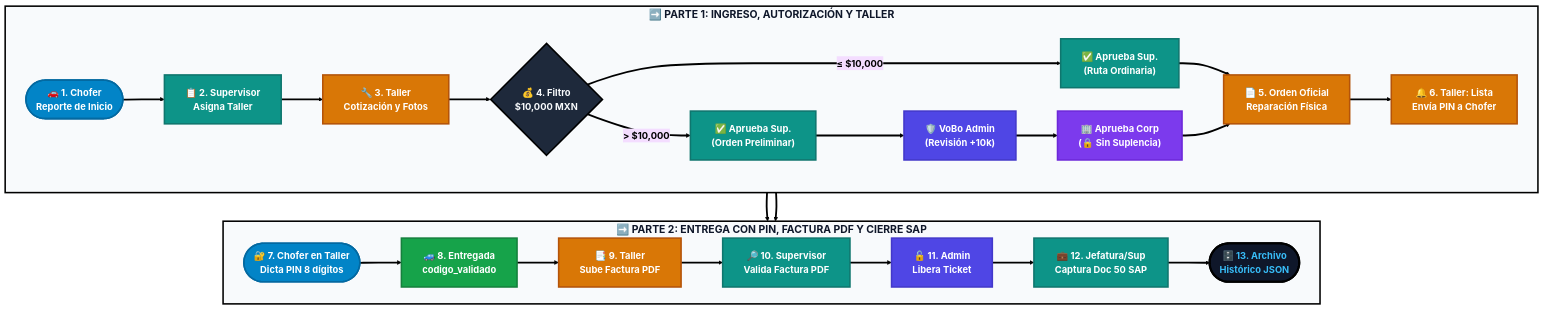
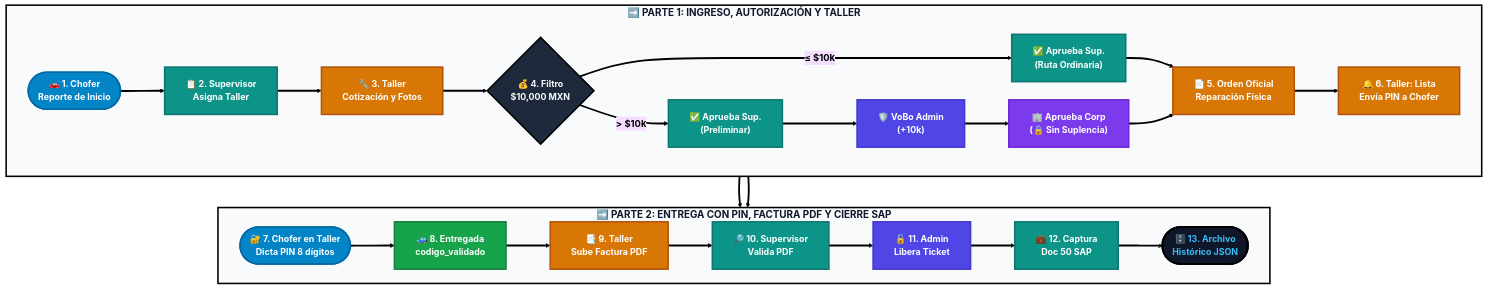
Before and after one commit to ArmandoRamirez951/Ayudantia: the diagram in README.md, drawn with Mermaid.

Commit message:
Revise flowchart styles and spacing
Updated flowchart styles and adjusted node spacing.

````diff
--- a/README.md
+++ b/README.md
@@ -1,53 +1,53 @@
 ```mermaid
 %%{init: {
   'theme': 'base',
   'themeVariables': {
     'lineColor': '#000000',
     'fontSize': '18px'
   },
   'flowchart': {
-    'nodeSpacing': 45,
-    'rankSpacing': 55,
+    'nodeSpacing': 35,
+    'rankSpacing': 60,
     'padding': 20
   }
 }}%%
 flowchart TD
-    %% Definición de Estilos por Rol / Fase (Cajas más grandes y texto de 18px)
-    classDef chofer fill:#0284c7,stroke:#0369a1,stroke-width:3px,color:#ffffff,font-weight:bold,font-size:18px;
-    classDef supervisor fill:#0d9488,stroke:#0f766e,stroke-width:3px,color:#ffffff,font-weight:bold,font-size:18px;
-    classDef taller fill:#d97706,stroke:#b45309,stroke-width:3px,color:#ffffff,font-weight:bold,font-size:18px;
-    classDef admin fill:#4f46e5,stroke:#4338ca,stroke-width:3px,color:#ffffff,font-weight:bold,font-size:18px;
-    classDef corp fill:#7c3aed,stroke:#6d28d9,stroke-width:3px,color:#ffffff,font-weight:bold,font-size:18px;
-    classDef condicion fill:#1e293b,stroke:#000000,stroke-width:3px,color:#f8fafc,font-weight:bold,font-size:18px;
-    classDef exito fill:#16a34a,stroke:#15803d,stroke-width:3px,color:#ffffff,font-weight:bold,font-size:18px;
-    classDef cierre fill:#0f172a,stroke:#000000,stroke-width:4px,color:#38bdf8,font-weight:bold,font-size:18px;
-    classDef carril fill:#f8fafc,stroke:#000000,stroke-width:3px,color:#0f172a,font-weight:bold,font-size:20px;
+    %% Estilos con fuentes grandes y cajas amplias
+    classDef chofer fill:#0284c7,stroke:#0369a1,stroke-width:3px,color:#ffffff,font-weight:bold,font-size:17px;
+    classDef supervisor fill:#0d9488,stroke:#0f766e,stroke-width:3px,color:#ffffff,font-weight:bold,font-size:17px;
+    classDef taller fill:#d97706,stroke:#b45309,stroke-width:3px,color:#ffffff,font-weight:bold,font-size:17px;
+    classDef admin fill:#4f46e5,stroke:#4338ca,stroke-width:3px,color:#ffffff,font-weight:bold,font-size:17px;
+    classDef corp fill:#7c3aed,stroke:#6d28d9,stroke-width:3px,color:#ffffff,font-weight:bold,font-size:17px;
+    classDef condicion fill:#1e293b,stroke:#000000,stroke-width:3px,color:#f8fafc,font-weight:bold,font-size:17px;
+    classDef exito fill:#16a34a,stroke:#15803d,stroke-width:3px,color:#ffffff,font-weight:bold,font-size:17px;
+    classDef cierre fill:#0f172a,stroke:#000000,stroke-width:4px,color:#38bdf8,font-weight:bold,font-size:17px;
+    classDef carril fill:#f8fafc,stroke:#000000,stroke-width:3px,color:#0f172a,font-weight:bold,font-size:19px;
 
-    %% BLOQUE SUPERIOR: PARTE 1 (Se lee de Izquierda a Derecha)
+    %% PARTE 1 (Arriba, de Izquierda a Derecha)
     subgraph C1 ["➡️ PARTE 1: INGRESO, AUTORIZACIÓN Y TALLER"]
         direction LR
         A(["🚗 1. Chofer<br/>Reporte de Inicio"]):::chofer --> B["📋 2. Supervisor<br/>Asigna Taller"]:::supervisor --> C["🔧 3. Taller<br/>Cotización y Fotos"]:::taller --> D{"💰 4. Filtro<br/>$10,000 MXN"}:::condicion
         
-        D -- "≤ $10,000" --> E1["✅ Aprueba Sup.<br/>(Ruta Ordinaria)"]:::supervisor
-        D -- "> $10,000" --> E2_0["✅ Aprueba Sup.<br/>(Orden Preliminar)"]:::supervisor --> E2["🛡️ VoBo Admin<br/>(Revisión +10k)"]:::admin --> E3["🏢 Aprueba Corp<br/>(🔒 Sin Suplencia)"]:::corp
+        D -- "≤ $10k" --> E1["✅ Aprueba Sup.<br/>(Ruta Ordinaria)"]:::supervisor
+        D -- "> $10k" --> E2_0["✅ Aprueba Sup.<br/>(Preliminar)"]:::supervisor --> E2["🛡️ VoBo Admin<br/>(+10k)"]:::admin --> E3["🏢 Aprueba Corp<br/>(🔒 Sin Suplencia)"]:::corp
         
         E1 --> F["📄 5. Orden Oficial<br/>Reparación Física"]:::taller
         E3 --> F
         F --> G["🔔 6. Taller: Lista<br/>Envía PIN a Chofer"]:::taller
     end
 
-    %% BLOQUE INFERIOR: PARTE 2 (Colocado ABAJO de Parte 1, se lee de Izquierda a Derecha)
+    %% PARTE 2 (Abajo, de Izquierda a Derecha)
     subgraph C2 ["➡️ PARTE 2: ENTREGA CON PIN, FACTURA PDF Y CIERRE SAP"]
         direction LR
-        H(["🔐 7. Chofer en Taller<br/>Dicta PIN 8 dígitos"]):::chofer --> I["🚙 8. Entregada<br/>codigo_validado"]:::exito --> J["📑 9. Taller<br/>Sube Factura PDF"]:::taller --> K["🔎 10. Supervisor<br/>Valida Factura PDF"]:::supervisor --> L["🔓 11. Admin<br/>Libera Ticket"]:::admin --> M["💼 12. Jefatura/Sup<br/>Captura Doc 50 SAP"]:::supervisor --> N(["🗄️ 13. Archivo<br/>Histórico JSON"]):::cierre
+        H(["🔐 7. Chofer en Taller<br/>Dicta PIN 8 dígitos"]):::chofer --> I["🚙 8. Entregada<br/>codigo_validado"]:::exito --> J["📑 9. Taller<br/>Sube Factura PDF"]:::taller --> K["🔎 10. Supervisor<br/>Valida PDF"]:::supervisor --> L["🔓 11. Admin<br/>Libera Ticket"]:::admin --> M["💼 12. Captura<br/>Doc 50 SAP"]:::supervisor --> N(["🗄️ 13. Archivo<br/>Histórico JSON"]):::cierre
     end
 
-    %% Fuerza a que la Parte 2 se coloque exactamente debajo de la Parte 1
+    %% Conexión principal para apilar Parte 2 debajo de Parte 1 y conectar el paso 6 con el 7
     C1 --> C2
     G --> H
 
     class C1,C2 carril;
 
-    %% Flechas negras, sólidas y gruesas en todo el diagrama
+    %% Flechas negras y gruesas
     linkStyle default stroke:#000000,stroke-width:3.5px,color:#000000,font-weight:bold;
 ```
````
